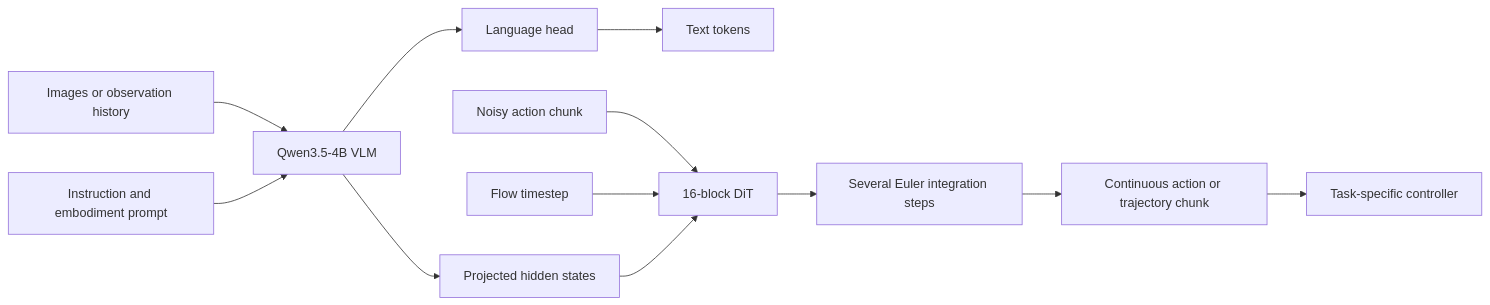
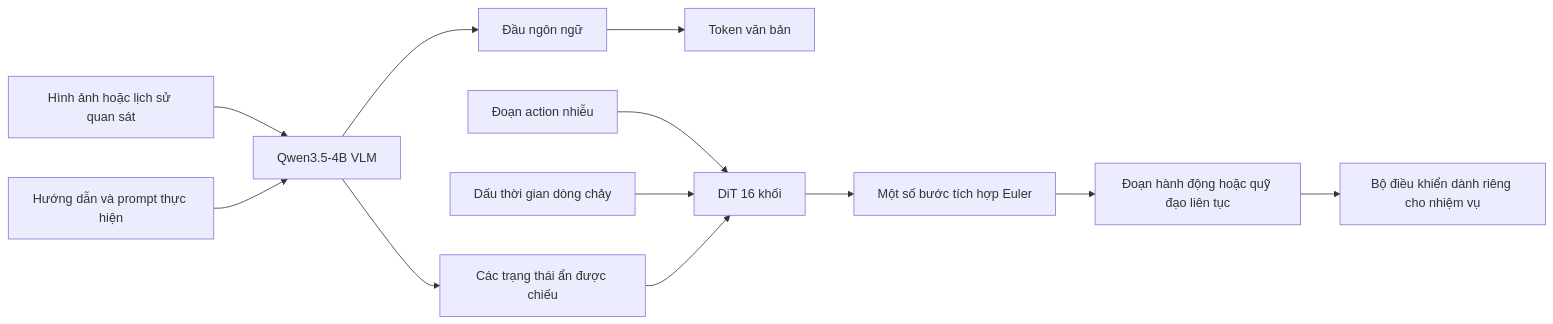
One commit to cycler04/VinRobotics-VLA changed the first of 2 diagrams in docs/research_finding/01-gwen/qwen_models/Qwen-VLA/qwen_vla.md. Above: the diagram before and after it, drawn with Mermaid. The commit also changed other lines of this file and 24 other files, not shown here.

````diff
--- a/docs/research_finding/01-gwen/qwen_models/Qwen-VLA/qwen_vla.md
+++ b/docs/research_finding/01-gwen/qwen_models/Qwen-VLA/qwen_vla.md
@@ -21,14 +21,14 @@
 ```mermaid
 flowchart LR
-    I[Images or observation history] --> V[Qwen3.5-4B VLM]
-    P[Instruction and embodiment prompt] --> V
-    V --> L[Language head]
-    L --> T[Text tokens]
-    V --> H[Projected hidden states]
-    N[Noisy action chunk] --> D[16-block DiT]
-    F[Flow timestep] --> D
+    I[Hình ảnh hoặc lịch sử quan sát] --> V[Qwen3.5-4B VLM]
+    P[Hướng dẫn và prompt thực hiện] --> V
+    V --> L[Đầu ngôn ngữ]
+    L --> T[Token văn bản]
+    V --> H[Các trạng thái ẩn được chiếu]
+    N[Đoạn action nhiễu] --> D[DiT 16 khối]
+    F[Dấu thời gian dòng chảy] --> D
     H --> D
-    D --> E[Several Euler integration steps]
-    E --> A[Continuous action or trajectory chunk]
-    A --> C[Task-specific controller]
+    D --> E[Một số bước tích hợp Euler]
+    E --> A[Đoạn hành động hoặc quỹ đạo liên tục]
+    A --> C[Bộ điều khiển dành riêng cho nhiệm vụ]
 ```
````
